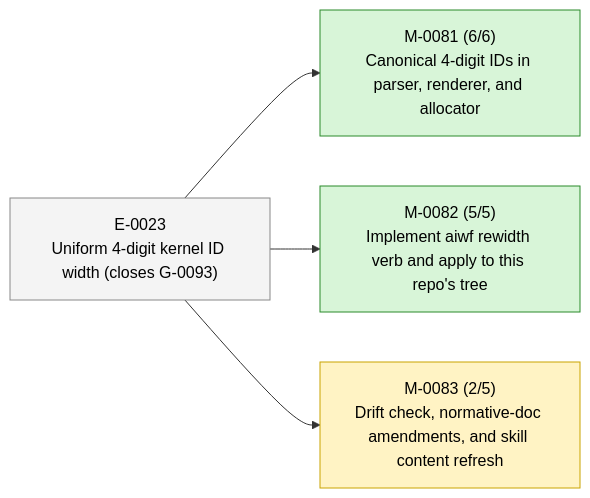
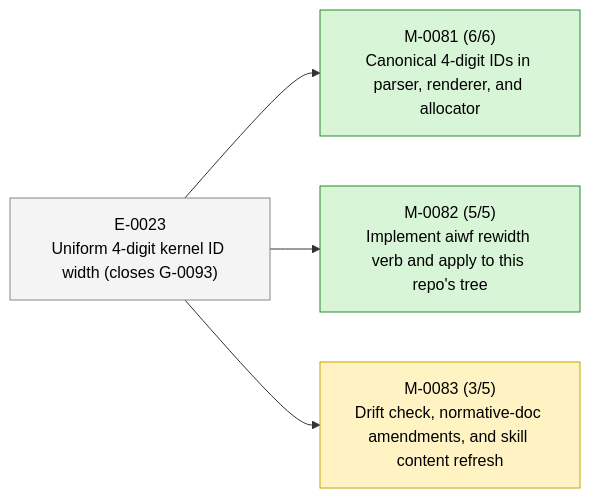
One commit to 23min/aiwf changed the second of 2 diagrams in STATUS.md. Above: the diagram before and after it, drawn with Mermaid. The commit also changed other lines of this file and 1 other file, not shown here.

````diff
--- a/STATUS.md
+++ b/STATUS.md
@@ -47,16 +47,16 @@
 ```mermaid
 flowchart LR
   E_0023["E-0023<br/>Uniform 4-digit kernel ID width (closes G-0093)"]:::epic_proposed
   M_0081["M-0081 (6/6)<br/>Canonical 4-digit IDs in parser, renderer, and allocator"]:::ms_done
   E_0023 --> M_0081
   M_0082["M-0082 (5/5)<br/>Implement aiwf rewidth verb and apply to this repo's tree"]:::ms_done
   E_0023 --> M_0082
-  M_0083["M-0083 (2/5)<br/>Drift check, normative-doc amendments, and skill content refresh"]:::ms_in_progress
+  M_0083["M-0083 (3/5)<br/>Drift check, normative-doc amendments, and skill content refresh"]:::ms_in_progress
   E_0023 --> M_0083
   classDef epic_active fill:#d6eaff,stroke:#1a73e8,color:#000
   classDef epic_proposed fill:#f4f4f4,stroke:#888,color:#000
   classDef ms_done fill:#d8f5d8,stroke:#2a8a2a,color:#000
   classDef ms_in_progress fill:#fff3c4,stroke:#caa400,color:#000
   classDef ms_draft fill:#f4f4f4,stroke:#888,color:#000
   classDef ms_cancelled fill:#fbeaea,stroke:#c33,color:#000
 ```
````
